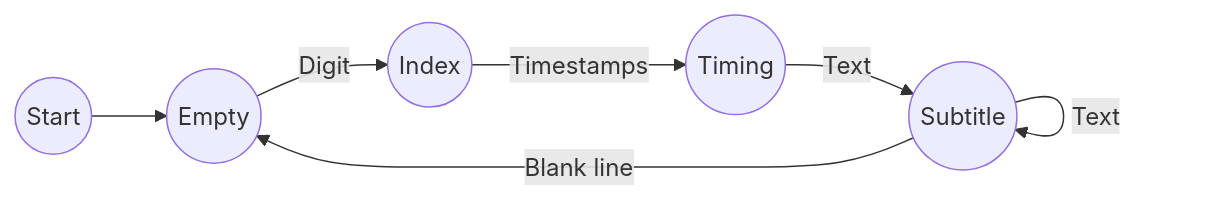
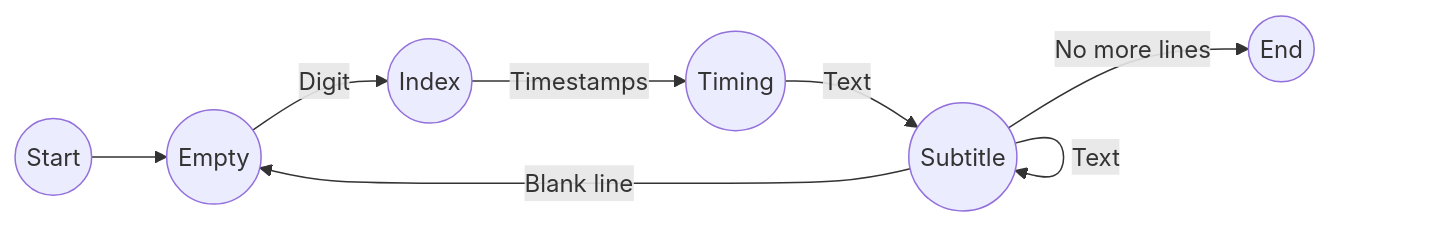
The second of 2 diagrams in content/posts/0008-finite-state-machines.md (iankohdes/iankohdes.github.io), drawn with Mermaid before and after one commit. The commit also changed other lines of this file, not shown here.

```diff
--- a/content/posts/0008-finite-state-machines.md
+++ b/content/posts/0008-finite-state-machines.md
@@ -100,9 +102,10 @@
 {{<mermaid>}}
 graph LR
 	a((Start)) --> b((Empty))
 	b -->|Digit| c((Index))
 	c -->|Timestamps| d((Timing))
 	d -->|Text| e((Subtitle))
 	e -->|Text| e
 	e -->|Blank line| b((Empty))
+	e -->|No more lines| f((End))
 {{</mermaid>}}
```
